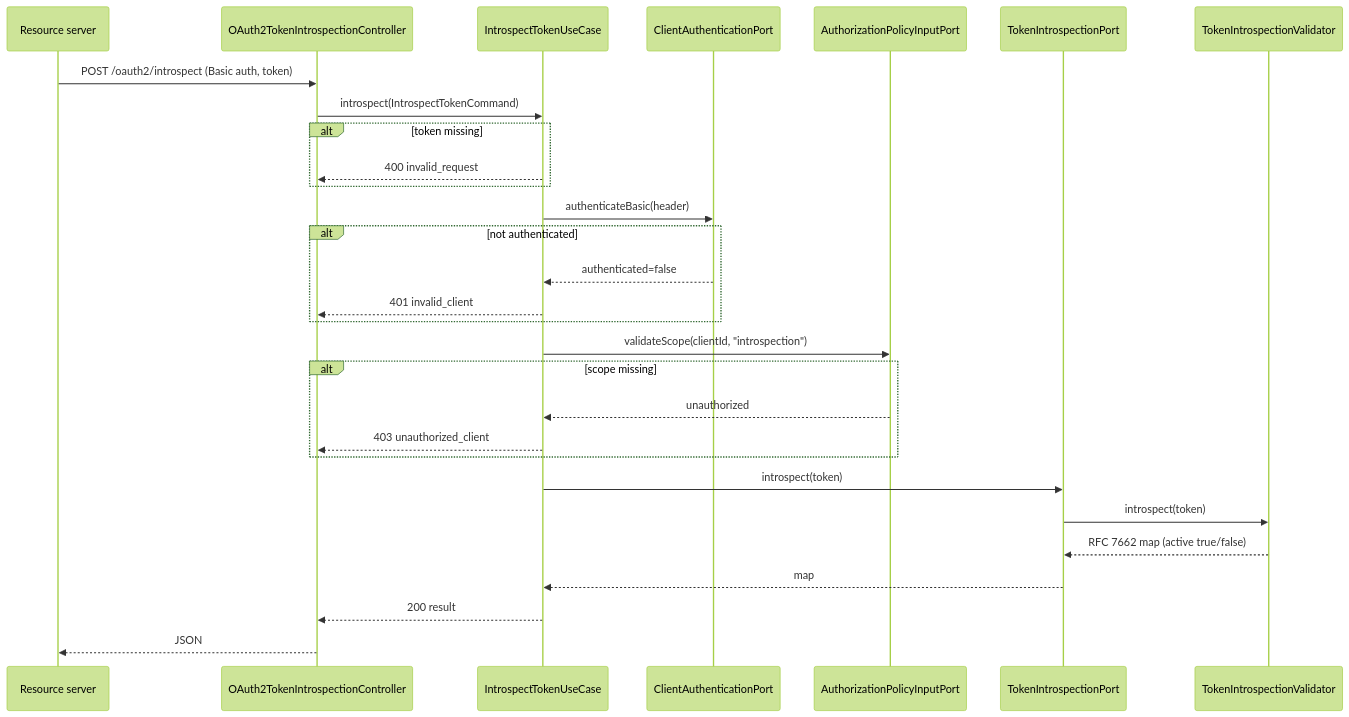
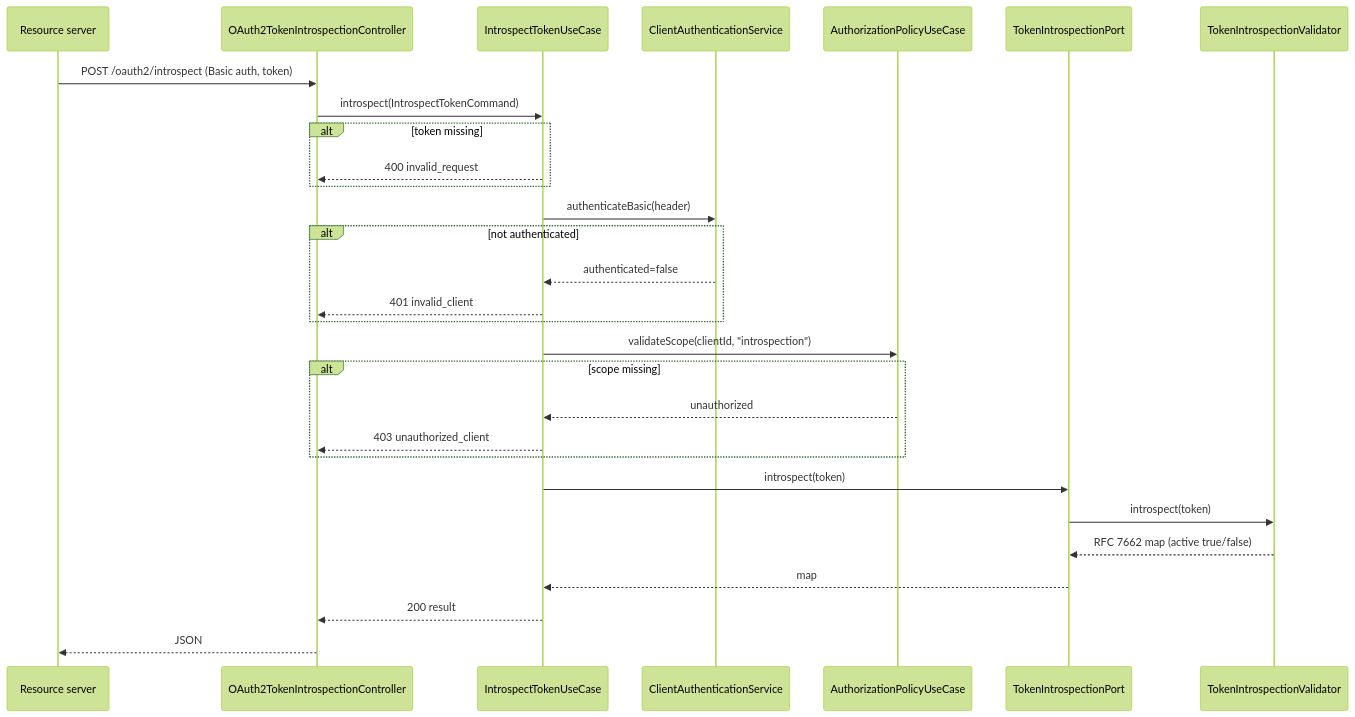
One commit to edmaputra/ed-auth changed the diagram in documentation/features/06-token-introspection.md. Above: the diagram before and after it, drawn with Mermaid (forest theme). The commit also changed other lines of this file and 15 other files, not shown here.

````diff
--- a/documentation/features/06-token-introspection.md
+++ b/documentation/features/06-token-introspection.md
@@ -91,32 +91,32 @@
 ```mermaid
 sequenceDiagram
     participant RS as Resource server
     participant Ctrl as OAuth2TokenIntrospectionController
     participant UC as IntrospectTokenUseCase
-    participant Auth as ClientAuthenticationPort
-    participant Pol as AuthorizationPolicyInputPort
+    participant Auth as ClientAuthenticationService
+    participant Pol as AuthorizationPolicyUseCase
     participant Tok as TokenIntrospectionPort
     participant V as TokenIntrospectionValidator
 
     RS->>Ctrl: POST /oauth2/introspect (Basic auth, token)
     Ctrl->>UC: introspect(IntrospectTokenCommand)
     alt token missing
         UC-->>Ctrl: 400 invalid_request
     end
     UC->>Auth: authenticateBasic(header)
     alt not authenticated
         Auth-->>UC: authenticated=false
         UC-->>Ctrl: 401 invalid_client
     end
     UC->>Pol: validateScope(clientId, "introspection")
     alt scope missing
         Pol-->>UC: unauthorized
         UC-->>Ctrl: 403 unauthorized_client
     end
     UC->>Tok: introspect(token)
     Tok->>V: introspect(token)
     V-->>Tok: RFC 7662 map (active true/false)
     Tok-->>UC: map
     UC-->>Ctrl: 200 result
     Ctrl-->>RS: JSON
 ```
````
